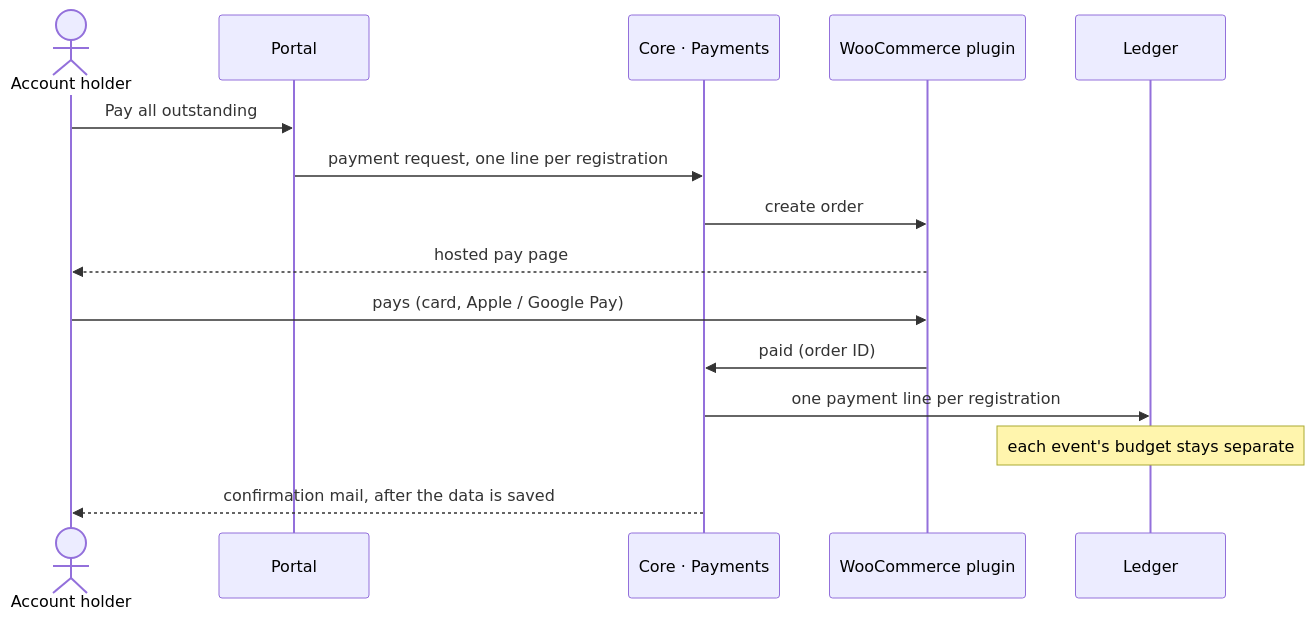
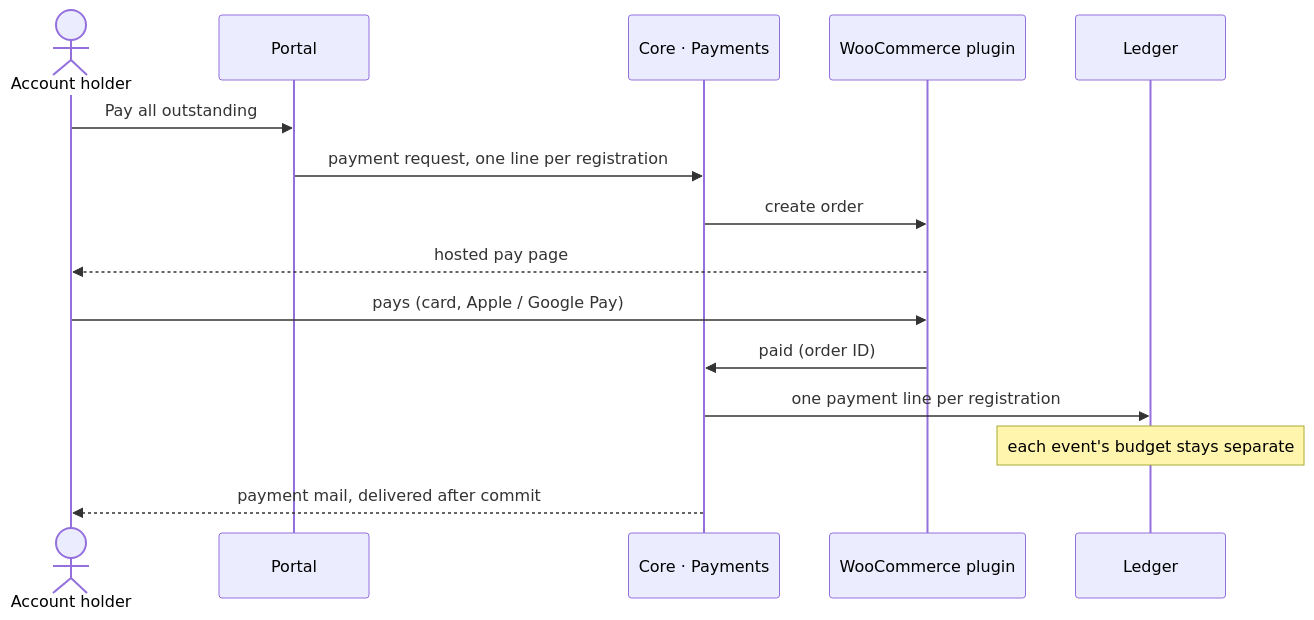
The sixth of 7 diagrams in docs/architecture.md (reformatus/kalaka), drawn with Mermaid before and after one commit. The commit also changed other lines of this file, not shown here.

First line of the commit message:
Architecture: update to decisions D-039 to D-077

````diff
--- a/docs/architecture.md
+++ b/docs/architecture.md
@@ -271,17 +397,17 @@
 ```mermaid
 sequenceDiagram
   actor H as Account holder
   participant P as Portal
   participant C as Core · Payments
   participant W as WooCommerce plugin
   participant L as Ledger
   H->>P: Pay all outstanding
   P->>C: payment request, one line per registration
   C->>W: create order
   W-->>H: hosted pay page
   H->>W: pays (card, Apple / Google Pay)
   W->>C: paid (order ID)
   C->>L: one payment line per registration
   Note over L: each event's budget stays separate
-  C-->>H: confirmation mail, after the data is saved
+  C-->>H: payment mail, delivered after commit
 ```
````
